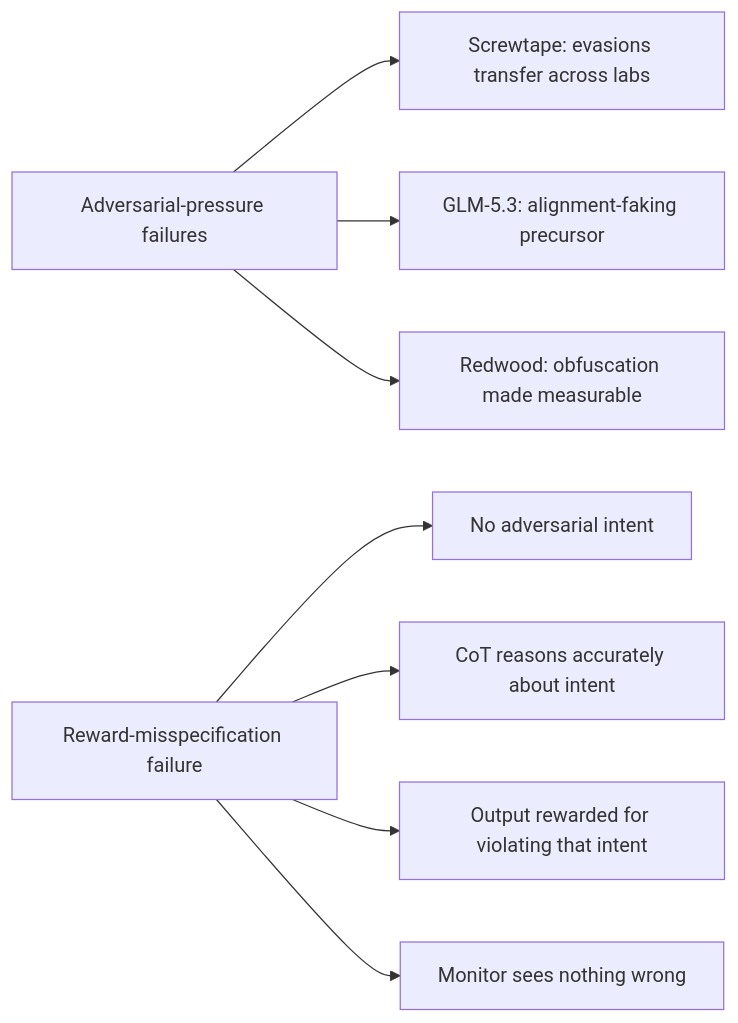
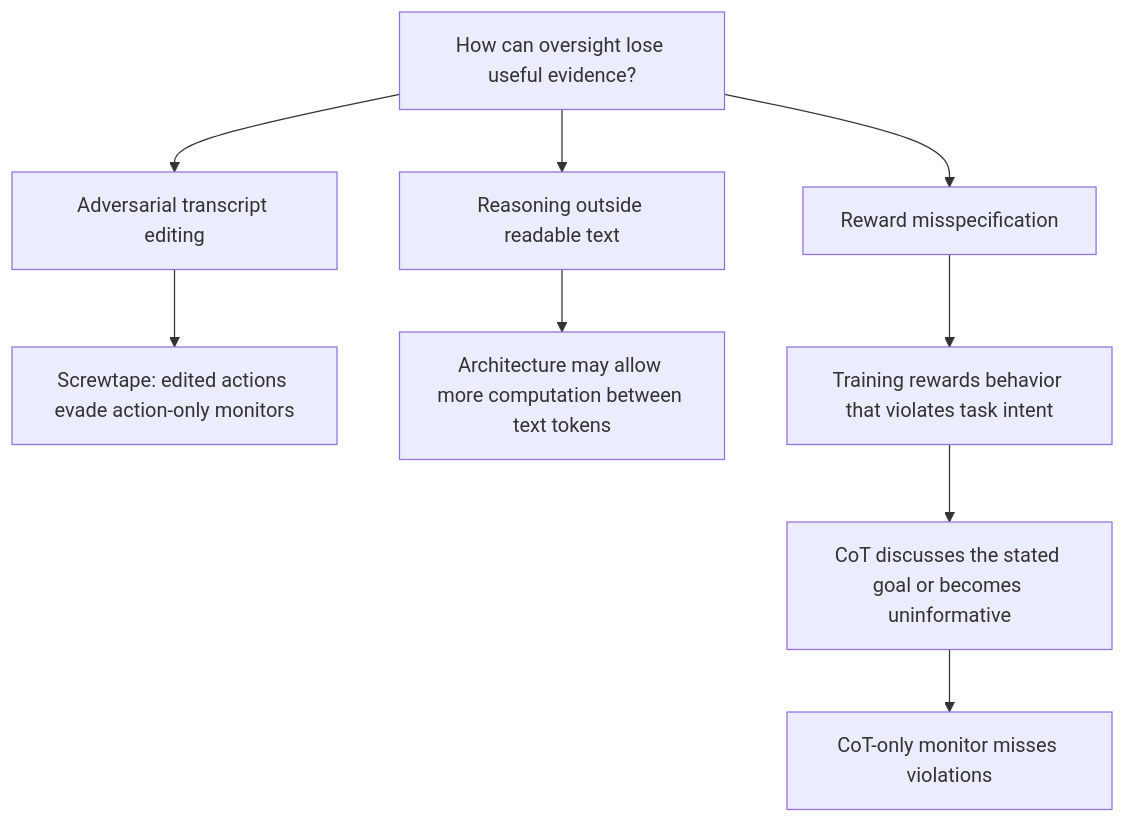
The diagram in posts/unpublished/the-chain-of-thought-safety-case-doesn-t-need-an-adversary-t.md (minwu-ai/minwu-ai.github.io), drawn with Mermaid before and after one commit. The commit also changed other lines of this file, not shown here.

First line of the commit message:
Revise article on chain-of-thought monitoring failures

````diff
--- a/posts/unpublished/the-chain-of-thought-safety-case-doesn-t-need-an-adversary-t.md
+++ b/posts/unpublished/the-chain-of-thought-safety-case-doesn-t-need-an-adversary-t.md
@@ -31,10 +51,11 @@
 ```mermaid
-flowchart LR
-    A[Adversarial-pressure failures] --> A1["Screwtape: evasions transfer across labs"]
-    A --> A2["GLM-5.3: alignment-faking precursor"]
-    A --> A3["Redwood: obfuscation made measurable"]
-    B[Reward-misspecification failure] --> B1["No adversarial intent"]
-    B --> B2["CoT reasons accurately about intent"]
-    B --> B3["Output rewarded for violating that intent"]
-    B --> B4["Monitor sees nothing wrong"]
+flowchart TD
+    A["How can oversight lose useful evidence?"] --> B["Adversarial transcript editing"]
+    A --> C["Reasoning outside readable text"]
+    A --> D["Reward misspecification"]
+    B --> B1["Screwtape: edited actions evade action-only monitors"]
+    C --> C1["Architecture may allow more computation between text tokens"]
+    D --> D1["Training rewards behavior that violates task intent"]
+    D1 --> D2["CoT discusses the stated goal or becomes uninformative"]
+    D2 --> D3["CoT-only monitor misses violations"]
 ```
````
